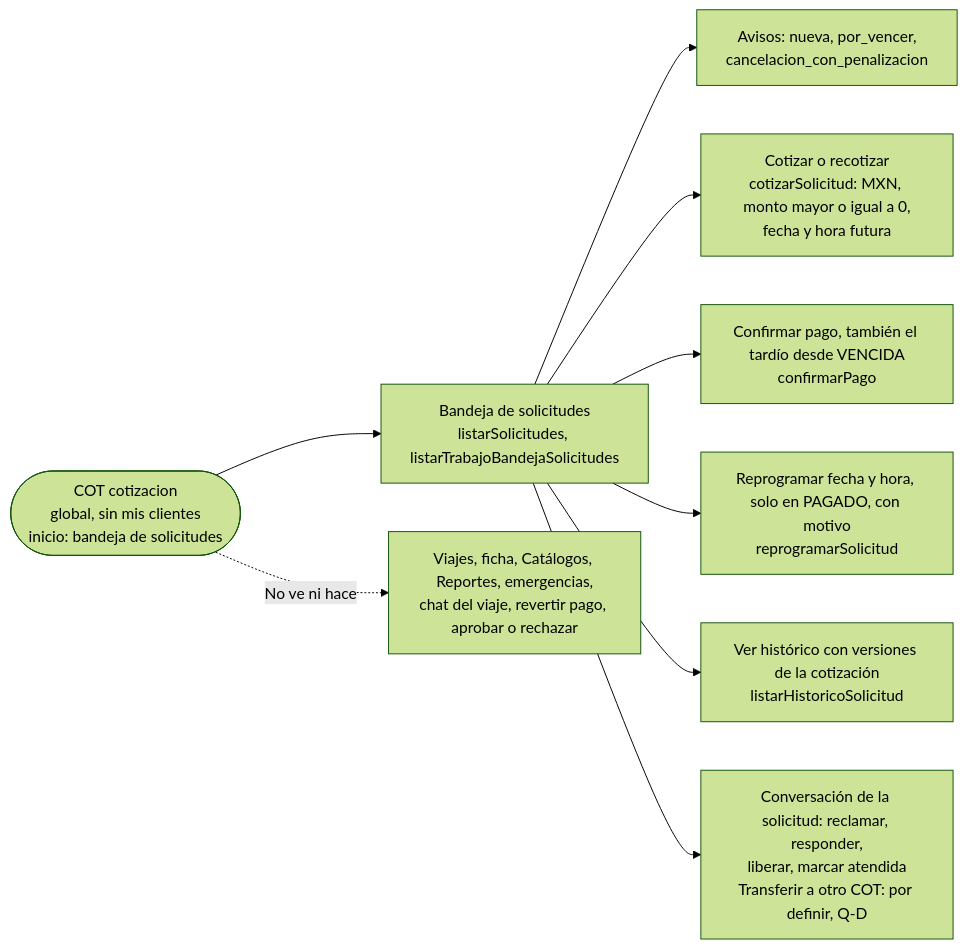
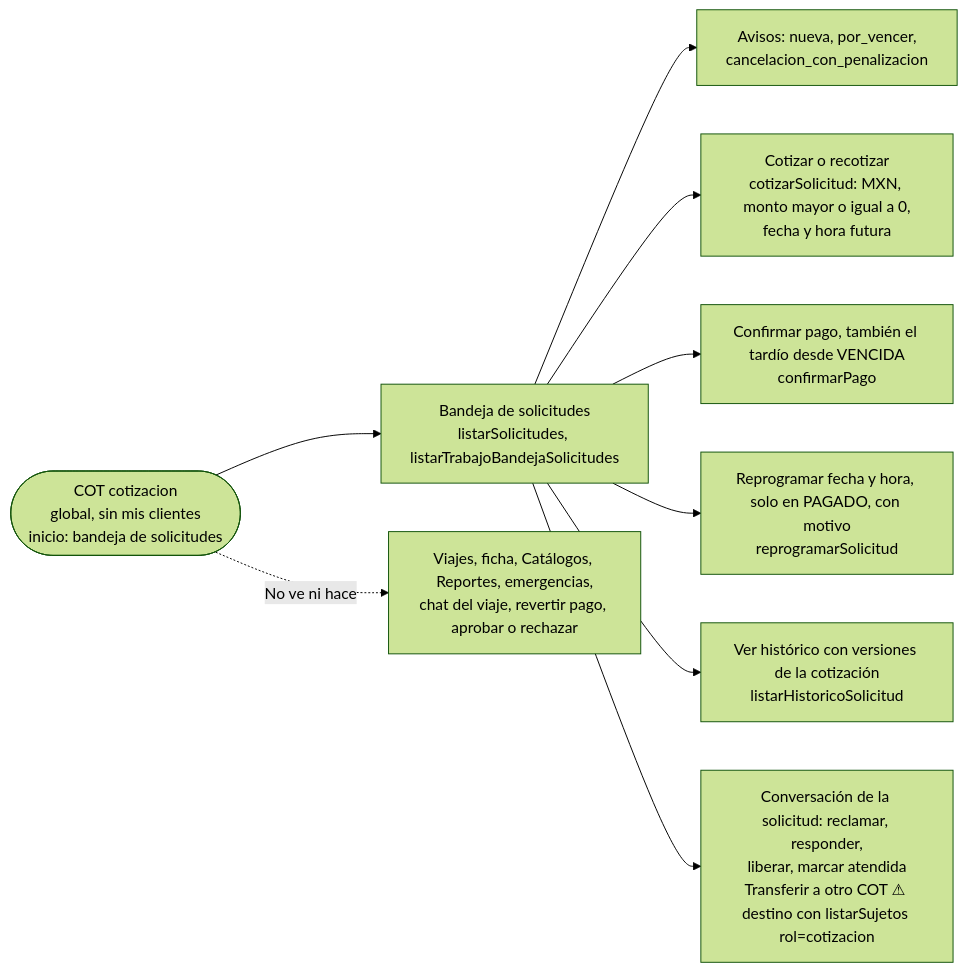
The seventh of 14 diagrams in .kiro/specs/afinacion-roles-modulo-a-modulo/DIAGRAMAS-ROLES.md (AI27-Tech/pf-web-frontend-internal), drawn with Mermaid (forest theme) before and after one commit. The commit also changed other lines of this file and 4 other files, not shown here.

Commit message:
Spec de roles: Q-D resuelta con la opcion A del Lead (listarSujetos rol=cotizacion) y BE-10 como pendiente de backend

````diff
--- a/.kiro/specs/afinacion-roles-modulo-a-modulo/DIAGRAMAS-ROLES.md
+++ b/.kiro/specs/afinacion-roles-modulo-a-modulo/DIAGRAMAS-ROLES.md
@@ -164,12 +164,12 @@
 ```mermaid
 flowchart LR
   COT(["COT cotizacion<br/>global, sin mis clientes<br/>inicio: bandeja de solicitudes"])
   COT --> L["Bandeja de solicitudes<br/>listarSolicitudes, listarTrabajoBandejaSolicitudes"]
   L --> A["Avisos: nueva, por_vencer,<br/>cancelacion_con_penalizacion"]
   L --> C1["Cotizar o recotizar<br/>cotizarSolicitud: MXN, monto mayor o igual a 0,<br/>fecha y hora futura"]
   L --> C2["Confirmar pago, también el tardío desde VENCIDA<br/>confirmarPago"]
   L --> C3["Reprogramar fecha y hora, solo en PAGADO, con motivo<br/>reprogramarSolicitud"]
   L --> C4["Ver histórico con versiones de la cotización<br/>listarHistoricoSolicitud"]
-  L --> C5["Conversación de la solicitud: reclamar, responder,<br/>liberar, marcar atendida<br/>Transferir a otro COT: por definir, Q-D"]
+  L --> C5["Conversación de la solicitud: reclamar, responder,<br/>liberar, marcar atendida<br/>Transferir a otro COT ⚠ destino con listarSujetos rol=cotizacion"]
   COT -. "No ve ni hace" .-> N["Viajes, ficha, Catálogos, Reportes, emergencias,<br/>chat del viaje, revertir pago, aprobar o rechazar"]
 ```
````
